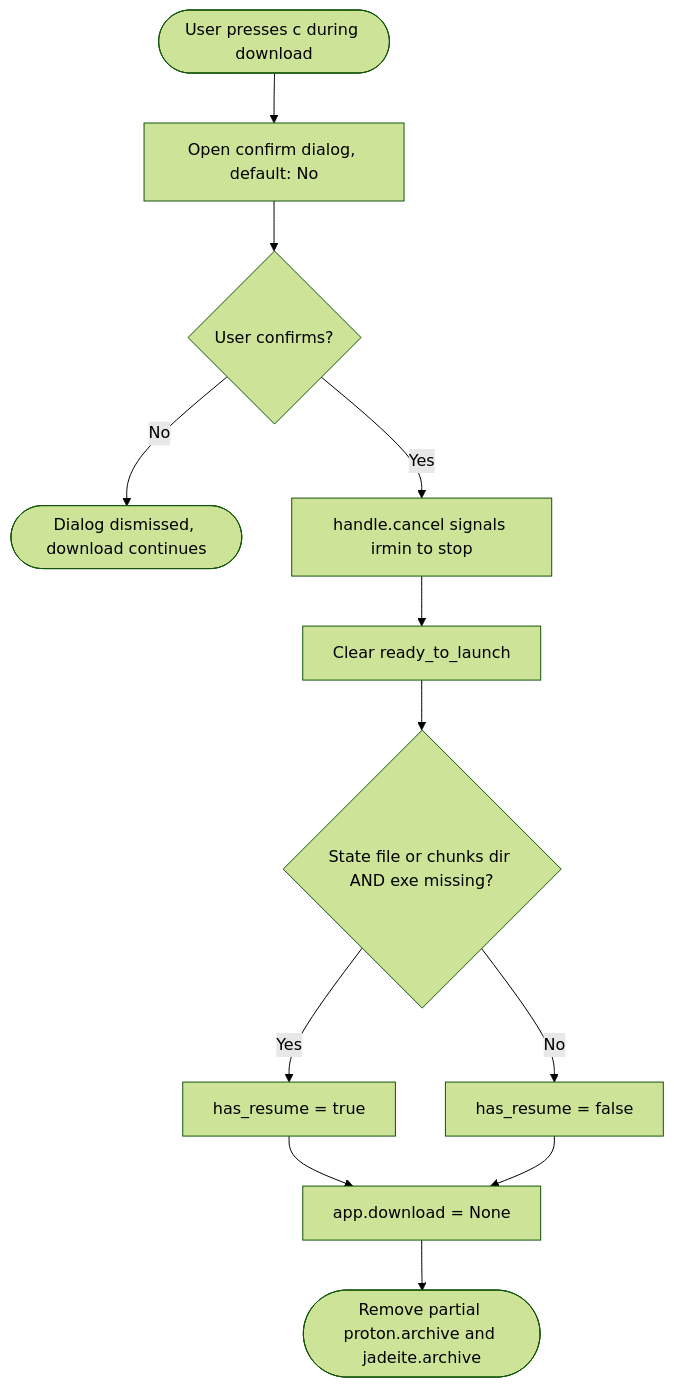
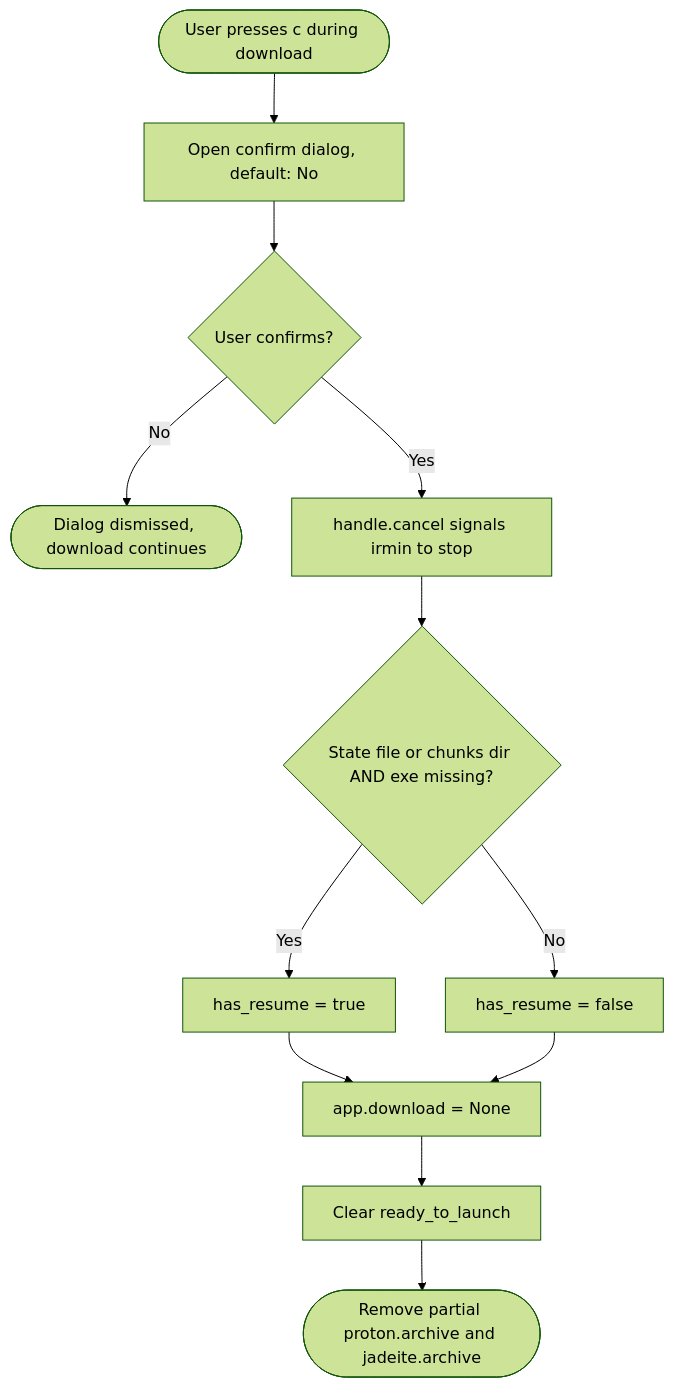
Before and after one commit to ChakornK/elysiae-tui: diagram 13 of 21 in UX.md, drawn with Mermaid (forest theme). The commit also changed other lines of this file and 1 other file, not shown here.

````diff
--- a/UX.md
+++ b/UX.md
@@ -335,14 +336,14 @@
 ```mermaid
 flowchart TD
     Press([User presses c during download]) --> Dialog[Open confirm dialog, default: No]
     Dialog --> Confirmed{User confirms?}
     Confirmed -->|No| Dismiss([Dialog dismissed, download continues])
     Confirmed -->|Yes| CancelHandle[handle.cancel signals irmin to stop]
-    CancelHandle --> ClearReady[Clear ready_to_launch]
-    ClearReady --> CheckResume{State file or chunks dir AND exe missing?}
+    CancelHandle --> CheckResume{State file or chunks dir AND exe missing?}
     CheckResume -->|Yes| SetResume[has_resume = true]
     CheckResume -->|No| SetNoResume[has_resume = false]
     SetResume --> ClearDL[app.download = None]
     SetNoResume --> ClearDL
-    ClearDL --> CleanArchives([Remove partial proton.archive and jadeite.archive])
+    ClearDL --> ClearReady[Clear ready_to_launch]
+    ClearReady --> CleanArchives([Remove partial proton.archive and jadeite.archive])
 ```
````
